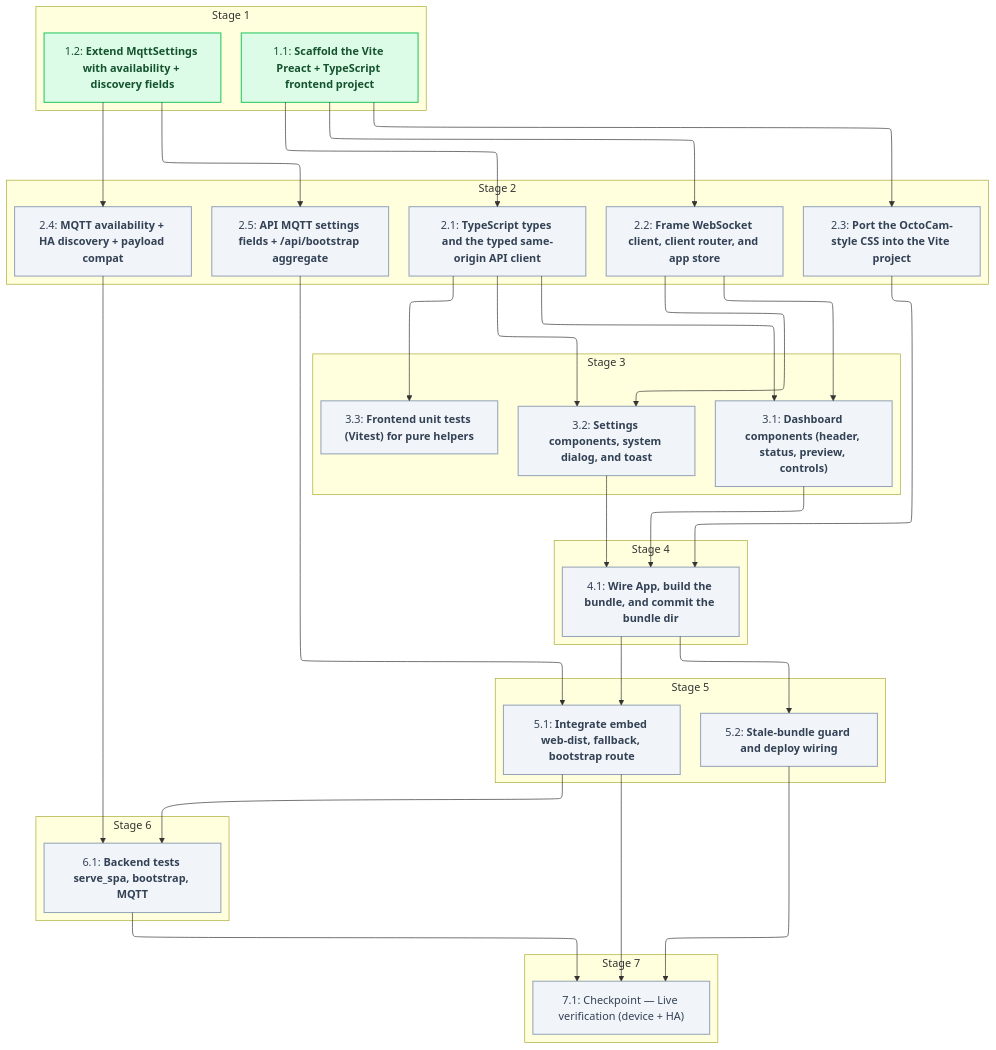
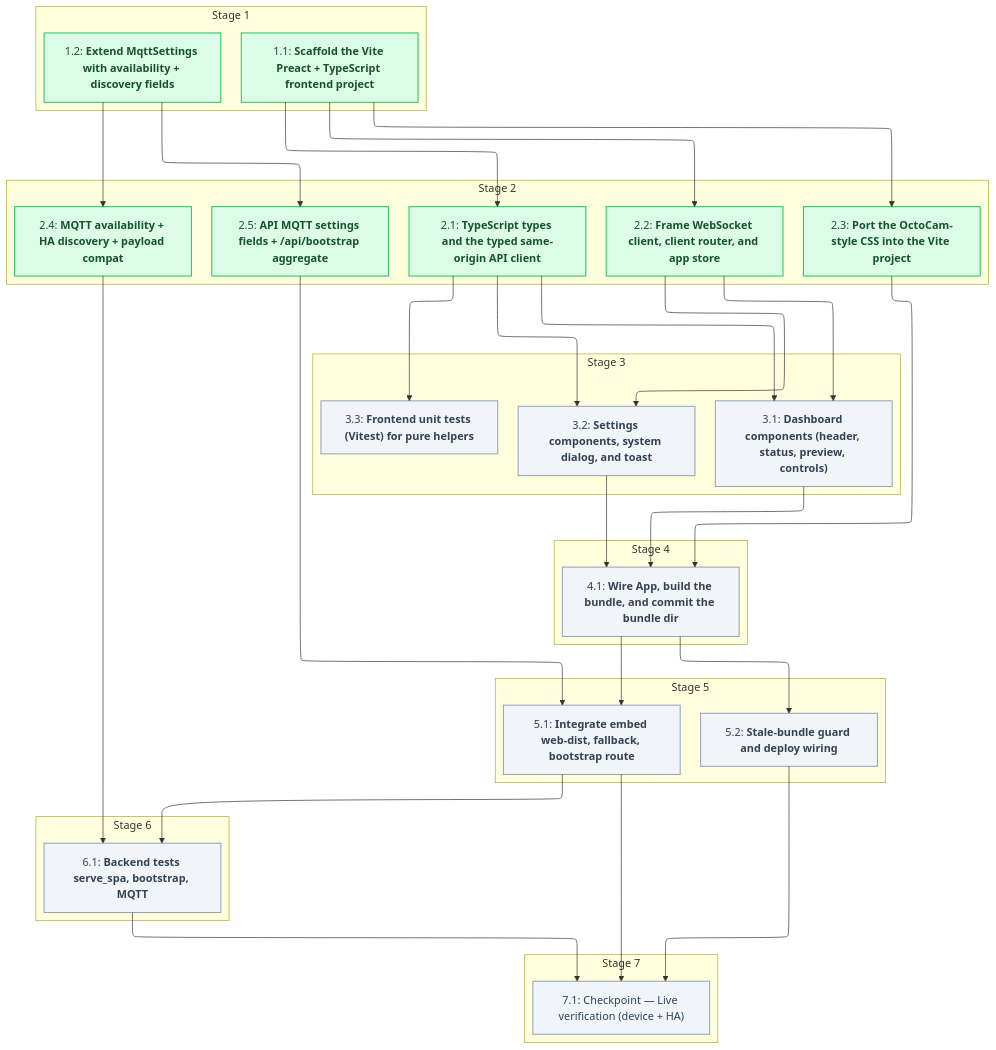
One commit to sohampatwardhan/MoodLightPi changed the diagram in .specs/preact-frontend/04_tasks.md. Above: the diagram before and after it, drawn with Mermaid. The commit also changed other lines of this file and 15 other files, not shown here.

````diff
--- a/.specs/preact-frontend/04_tasks.md
+++ b/.specs/preact-frontend/04_tasks.md
@@ -9,71 +9,71 @@
 ```mermaid
 %%{init: {'flowchart': {'defaultRenderer': 'elk'}}}%%
 flowchart TD
   classDef done fill:#dcfce7,stroke:#22c55e,stroke-width:1.5px,color:#14532d
   classDef pending fill:#f1f5f9,stroke:#94a3b8,stroke-width:1.5px,color:#334155
   subgraph n_stage_1["Stage 1"]
     n_1_1@{ shape: rect, label: "1.1: **Scaffold the Vite Preact + TypeScript frontend project**" }
     n_1_2@{ shape: rect, label: "1.2: **Extend MqttSettings with availability + discovery fields**" }
   end
   subgraph n_stage_2["Stage 2"]
     n_2_1@{ shape: rect, label: "2.1: **TypeScript types and the typed same-origin API client**" }
     n_2_2@{ shape: rect, label: "2.2: **Frame WebSocket client, client router, and app store**" }
     n_2_3@{ shape: rect, label: "2.3: **Port the OctoCam-style CSS into the Vite project**" }
     n_2_4@{ shape: rect, label: "2.4: **MQTT availability + HA discovery + payload compat**" }
     n_2_5@{ shape: rect, label: "2.5: **API MQTT settings fields + /api/bootstrap aggregate**" }
   end
   subgraph n_stage_3["Stage 3"]
     n_3_1@{ shape: rect, label: "3.1: **Dashboard components (header, status, preview, controls)**" }
     n_3_2@{ shape: rect, label: "3.2: **Settings components, system dialog, and toast**" }
     n_3_3@{ shape: rect, label: "3.3: **Frontend unit tests (Vitest) for pure helpers**" }
   end
   subgraph n_stage_4["Stage 4"]
     n_4_1@{ shape: rect, label: "4.1: **Wire App, build the bundle, and commit the bundle dir**" }
   end
   subgraph n_stage_5["Stage 5"]
     n_5_1@{ shape: rect, label: "5.1: **Integrate embed web-dist, fallback, bootstrap route**" }
     n_5_2@{ shape: rect, label: "5.2: **Stale-bundle guard and deploy wiring**" }
   end
   subgraph n_stage_6["Stage 6"]
     n_6_1@{ shape: rect, label: "6.1: **Backend tests serve_spa, bootstrap, MQTT**" }
   end
   subgraph n_stage_7["Stage 7"]
     n_7_1@{ shape: rect, label: "7.1: Checkpoint — Live verification (device + HA)" }
   end
   n_1_1 --> n_2_1
   n_1_1 --> n_2_2
   n_1_1 --> n_2_3
   n_1_2 --> n_2_4
   n_1_2 --> n_2_5
   n_2_1 --> n_3_1
   n_2_2 --> n_3_1
   n_2_1 --> n_3_2
   n_2_2 --> n_3_2
   n_2_1 --> n_3_3
   n_2_3 --> n_4_1
   n_3_1 --> n_4_1
   n_3_2 --> n_4_1
   n_4_1 --> n_5_1
   n_2_5 --> n_5_1
   n_4_1 --> n_5_2
   n_2_4 --> n_6_1
   n_5_1 --> n_6_1
   n_5_1 --> n_7_1
   n_5_2 --> n_7_1
   n_6_1 --> n_7_1
   class n_1_1 done
   class n_1_2 done
-  class n_2_1 pending
-  class n_2_2 pending
-  class n_2_3 pending
-  class n_2_4 pending
-  class n_2_5 pending
+  class n_2_1 done
+  class n_2_2 done
+  class n_2_3 done
+  class n_2_4 done
+  class n_2_5 done
   class n_3_1 pending
   class n_3_2 pending
   class n_3_3 pending
   class n_4_1 pending
   class n_5_1 pending
   class n_5_2 pending
   class n_6_1 pending
   class n_7_1 pending
 ```
````
